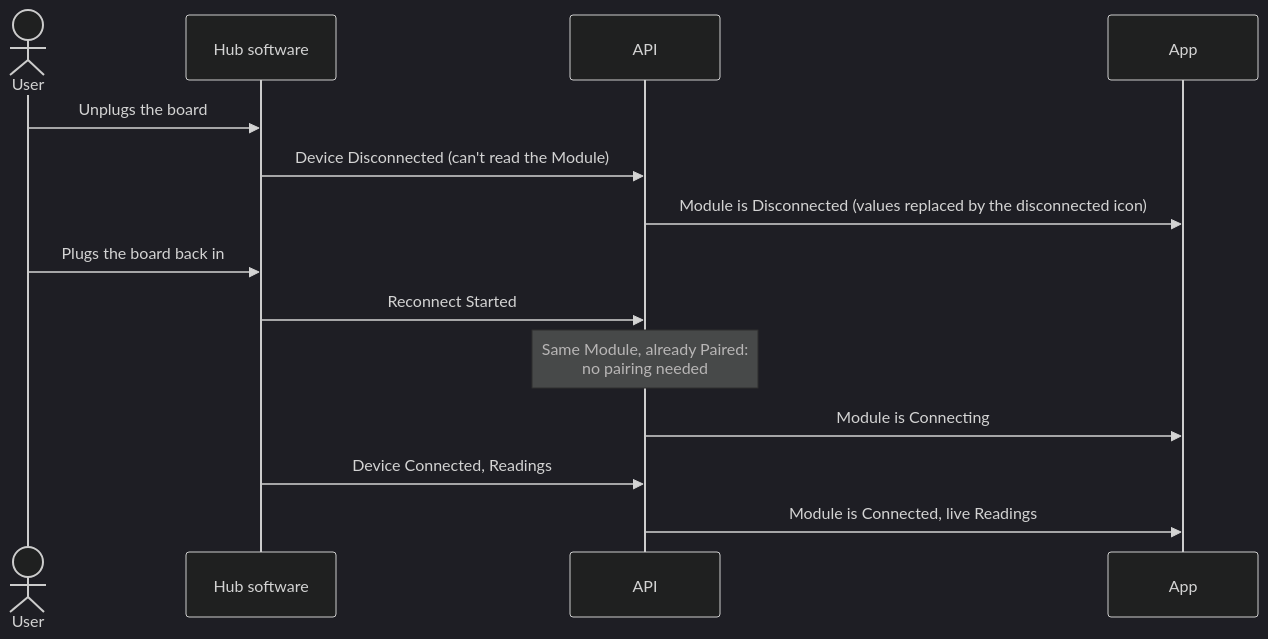
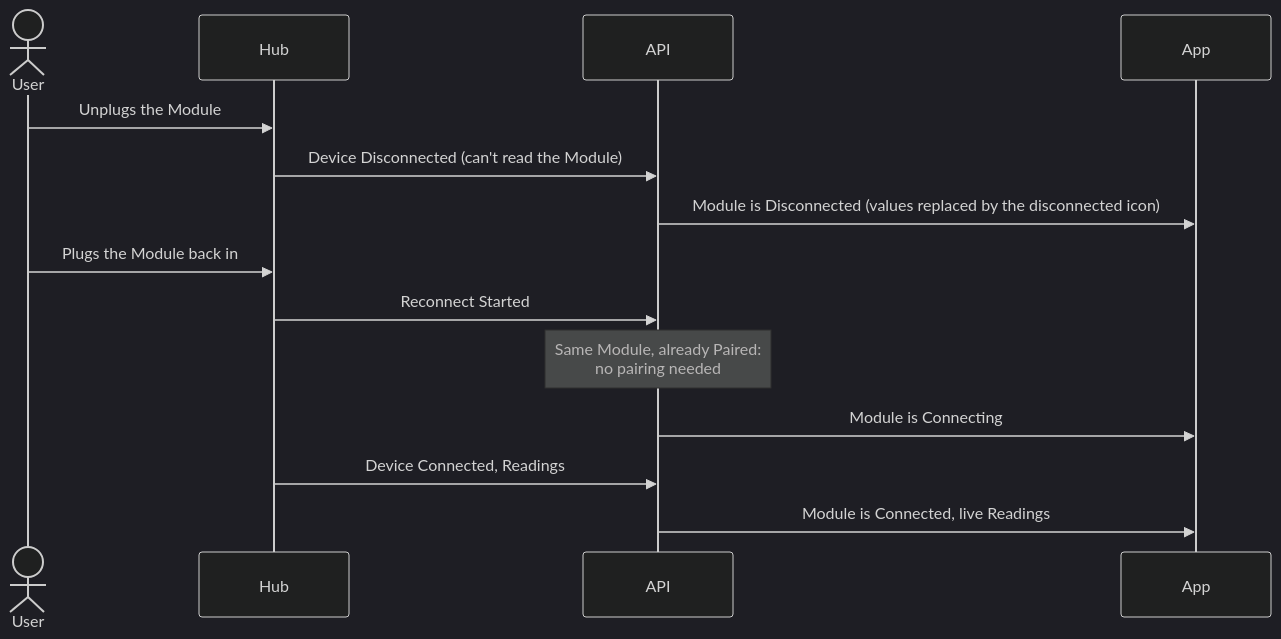
The seventh of 7 diagrams in kit/apps/docs-site/docs/domain-model/device-lifecycle.mdx (Detriz-dev/smart-home-kit), drawn with Mermaid (dark theme) before and after one commit. The commit also changed other lines of this file and 37 other files, not shown here.

````diff
--- a/kit/apps/docs-site/docs/domain-model/device-lifecycle.mdx
+++ b/kit/apps/docs-site/docs/domain-model/device-lifecycle.mdx
@@ -222,17 +196,17 @@
 ```mermaid
 sequenceDiagram
     actor User
-    participant Hub as Hub software
+    participant Hub
     participant API
     participant App
 
-    User->>Hub: Unplugs the board
+    User->>Hub: Unplugs the Module
     Hub->>API: Device Disconnected (can't read the Module)
     API->>App: Module is Disconnected (values replaced by the disconnected icon)
-    User->>Hub: Plugs the board back in
+    User->>Hub: Plugs the Module back in
     Hub->>API: Reconnect Started
     Note over API: Same Module, already Paired:<br/>no pairing needed
     API->>App: Module is Connecting
     Hub->>API: Device Connected, Readings
     API->>App: Module is Connected, live Readings
 ```
````
